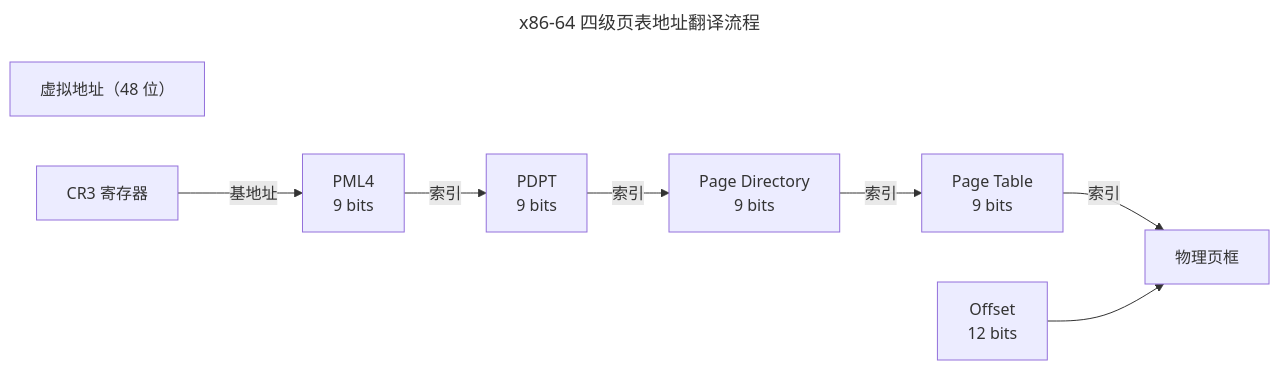
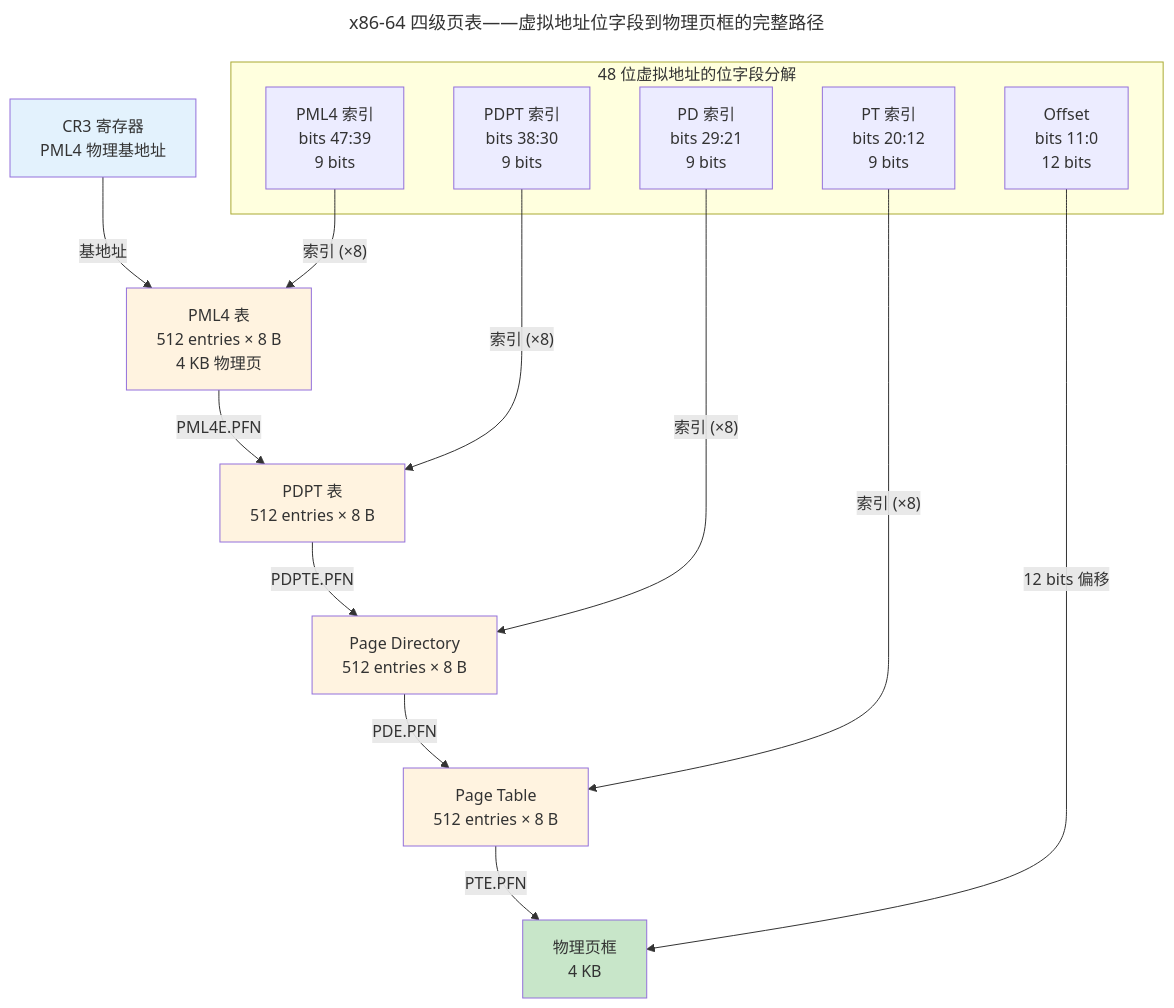
One commit to yadayanxue/silicon-strides changed the first of 5 diagrams in src/content/docs/03-qiankun/02-memory-management.md. Above: the diagram before and after it, drawn with Mermaid. The commit also changed other lines of this file and 10 other files, not shown here.

````diff
--- a/src/content/docs/03-qiankun/02-memory-management.md
+++ b/src/content/docs/03-qiankun/02-memory-management.md
@@ -24,21 +39,38 @@
 ```mermaid
 ---
-title: x86-64 四级页表地址翻译流程
+title: x86-64 四级页表——虚拟地址位字段到物理页框的完整路径
 ---
-graph LR
-    VA["虚拟地址（48 位）"]
-    PML4["PML4<br/>9 bits"]
-    PDPT["PDPT<br/>9 bits"]
-    PD["Page Directory<br/>9 bits"]
-    PT["Page Table<br/>9 bits"]
-    OFFSET["Offset<br/>12 bits"]
-    CR3["CR3 寄存器"]
-    PAGE["物理页框"]
+graph TD
+    subgraph VA_DECOMP["48 位虚拟地址的位字段分解"]
+        PML4_IDX["PML4 索引<br/>bits 47:39<br/>9 bits"]
+        PDPT_IDX["PDPT 索引<br/>bits 38:30<br/>9 bits"]
+        PD_IDX["PD 索引<br/>bits 29:21<br/>9 bits"]
+        PT_IDX["PT 索引<br/>bits 20:12<br/>9 bits"]
+        OFFSET_VA["Offset<br/>bits 11:0<br/>12 bits"]
+    end
 
-    CR3 -->|"基地址"| PML4
-    PML4 -->|"索引"| PDPT
-    PDPT -->|"索引"| PD
-    PD -->|"索引"| PT
-    PT -->|"索引"| PAGE
-    OFFSET --> PAGE
+    CR3_REG["CR3 寄存器<br/>PML4 物理基地址"]
+    PML4_TBL["PML4 表<br/>512 entries × 8 B<br/>4 KB 物理页"]
+    PDPT_TBL["PDPT 表<br/>512 entries × 8 B"]
+    PD_TBL["Page Directory<br/>512 entries × 8 B"]
+    PT_TBL["Page Table<br/>512 entries × 8 B"]
+    PAGE_FRM["物理页框<br/>4 KB"]
+
+    CR3_REG -->|"基地址"| PML4_TBL
+    PML4_IDX -->|"索引 (×8)"| PML4_TBL
+    PML4_TBL -->|"PML4E.PFN"| PDPT_TBL
+    PDPT_IDX -->|"索引 (×8)"| PDPT_TBL
+    PDPT_TBL -->|"PDPTE.PFN"| PD_TBL
+    PD_IDX -->|"索引 (×8)"| PD_TBL
+    PD_TBL -->|"PDE.PFN"| PT_TBL
+    PT_IDX -->|"索引 (×8)"| PT_TBL
+    PT_TBL -->|"PTE.PFN"| PAGE_FRM
+    OFFSET_VA -->|"12 bits 偏移"| PAGE_FRM
+
+    style CR3_REG fill:#e3f2fd
+    style PML4_TBL fill:#fff3e0
+    style PDPT_TBL fill:#fff3e0
+    style PD_TBL fill:#fff3e0
+    style PT_TBL fill:#fff3e0
+    style PAGE_FRM fill:#c8e6c9
 ```
````
